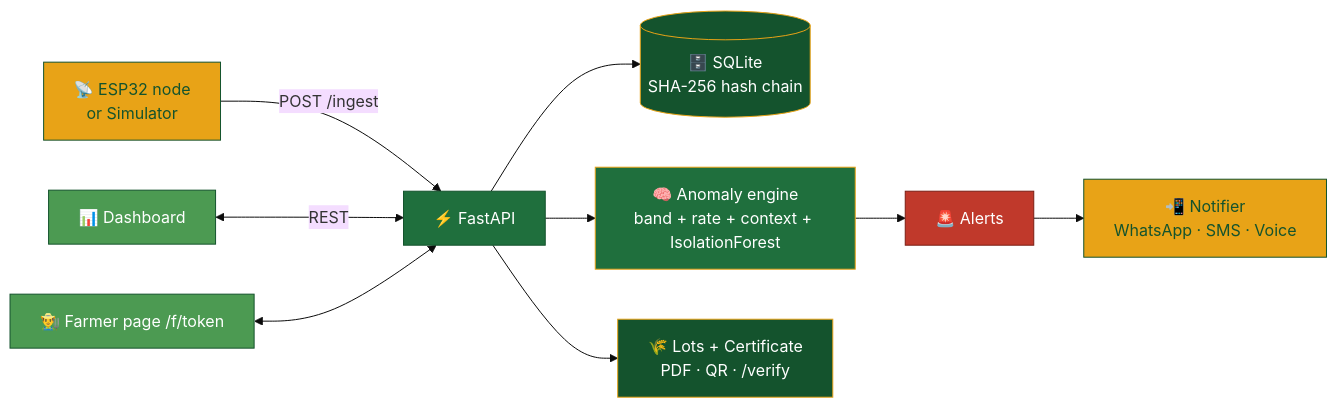
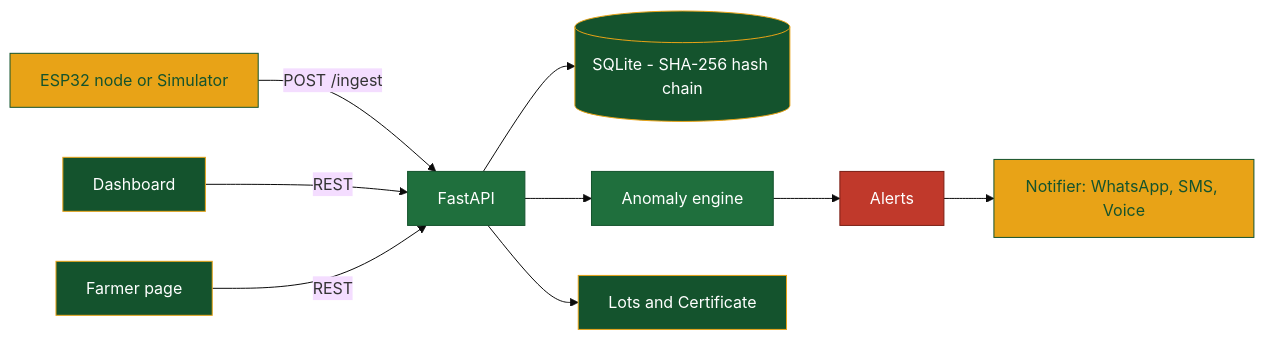
One commit to tarunsaxena2/coldTrust changed the diagram in README.md. Above: the diagram before and after it, drawn with Mermaid (base theme).

Commit message:
Refactor flowchart and styles in README
Updated flowchart and styling in the README to enhance clarity and consistency.

````diff
--- a/README.md
+++ b/README.md
@@ -167,21 +167,20 @@
 ```mermaid
 flowchart LR
-    A["📡 ESP32 node<br/>or Simulator"] -->|POST /ingest| B["⚡ FastAPI"]
-    B --> C[("🗄️ SQLite<br/>SHA-256 hash chain")]
-    B --> D["🧠 Anomaly engine<br/>band + rate + context + IsolationForest"]
-    D --> E["🚨 Alerts"]
-    E --> F["📲 Notifier<br/>WhatsApp · SMS · Voice"]
-    B --> G["🌾 Lots + Certificate<br/>PDF · QR · /verify"]
-    H["📊 Dashboard"] <-->|REST| B
-    I["👨‍🌾 Farmer page /f/token"] <--> B
+    A["ESP32 node or Simulator"] -->|POST /ingest| B["FastAPI"]
+    B --> C[("SQLite - SHA-256 hash chain")]
+    B --> D["Anomaly engine"]
+    D --> E["Alerts"]
+    E --> F["Notifier: WhatsApp, SMS, Voice"]
+    B --> G["Lots and Certificate"]
+    H["Dashboard"] -->|REST| B
+    I["Farmer page"] -->|REST| B
 
-    style A fill:#e8a317,stroke:#14532d,color:#14532d
-    style B fill:#1f6f3d,stroke:#14532d,color:#ffffff
-    style C fill:#14532d,stroke:#e8a317,color:#ffffff
-    style D fill:#1f6f3d,stroke:#e8a317,color:#ffffff
-    style E fill:#c0392b,stroke:#7b1e14,color:#ffffff
-    style F fill:#e8a317,stroke:#14532d,color:#14532d
-    style G fill:#14532d,stroke:#e8a317,color:#ffffff
-    style H fill:#4c9a52,stroke:#14532d,color:#ffffff
-    style I fill:#4c9a52,stroke:#14532d,color:#ffffff
+    classDef gold fill:#e8a317,stroke:#14532d,color:#14532d
+    classDef green fill:#1f6f3d,stroke:#14532d,color:#ffffff
+    classDef dark fill:#14532d,stroke:#e8a317,color:#ffffff
+    classDef red fill:#c0392b,stroke:#7b1e14,color:#ffffff
+    class A,F gold
+    class B,D green
+    class C,G,H,I dark
+    class E red
 ```
````
